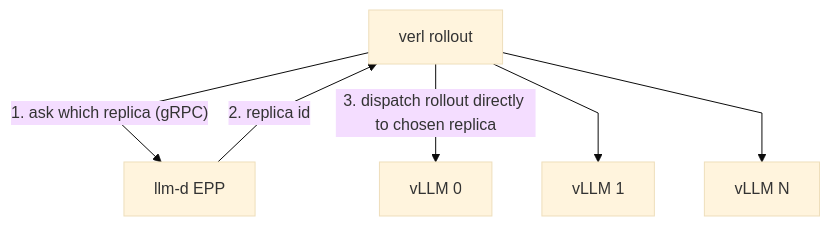
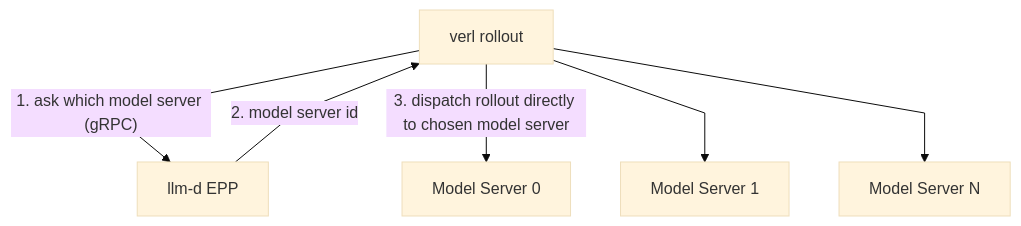
Before and after one commit to llm-d/llm-d: the first of 2 diagrams in guides/rl/llm-d-verl-integration.md, drawn with Mermaid (base theme). The commit also changed other lines of this file and 1 other file, not shown here.

Commit message:
docs(rl): use canonical llm-d Router, EPP, and model server naming

````diff
--- a/guides/rl/llm-d-verl-integration.md
+++ b/guides/rl/llm-d-verl-integration.md
@@ -45,11 +46,11 @@
 ```mermaid
 %%{init: {'flowchart': {'curve': 'linear'}}}%%
 flowchart TD
     verl["verl rollout"]
     epp["llm-d EPP"]
-    verl -->|"1. ask which replica (gRPC)"| epp
-    epp -->|"2. replica id"| verl
-    verl -->|"3. dispatch rollout directly to chosen replica"| v0["vLLM 0"]
-    verl --> v1["vLLM 1"]
-    verl --> vN["vLLM N"]
+    verl -->|"1. ask which model server (gRPC)"| epp
+    epp -->|"2. model server id"| verl
+    verl -->|"3. dispatch rollout directly to chosen model server"| v0["Model Server 0"]
+    verl --> v1["Model Server 1"]
+    verl --> vN["Model Server N"]
 ```
````
